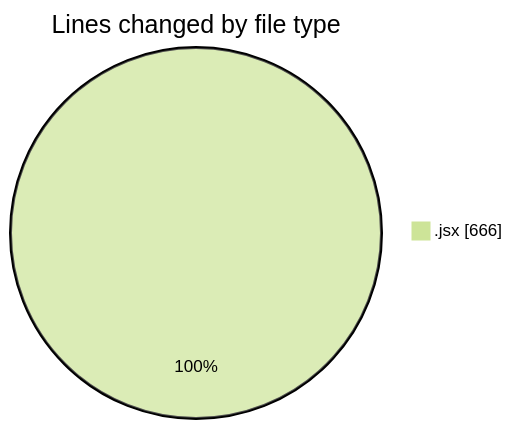
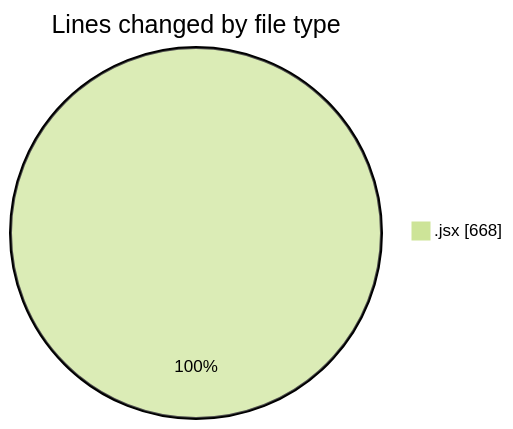
The first of 2 diagrams in 2025-05-09/argos-dev/README.md (nxtqubesakshisongat/code-tracking), drawn with Mermaid (forest theme) before and after one commit. The commit also changed other lines of this file and 1 other file, not shown here.

````diff
--- a/2025-05-09/argos-dev/README.md
+++ b/2025-05-09/argos-dev/README.md
@@ -21,5 +21,5 @@
 ```mermaid
 pie showData
 title Lines changed by file type
-".jsx" : 666
+".jsx" : 668
 ```
````
